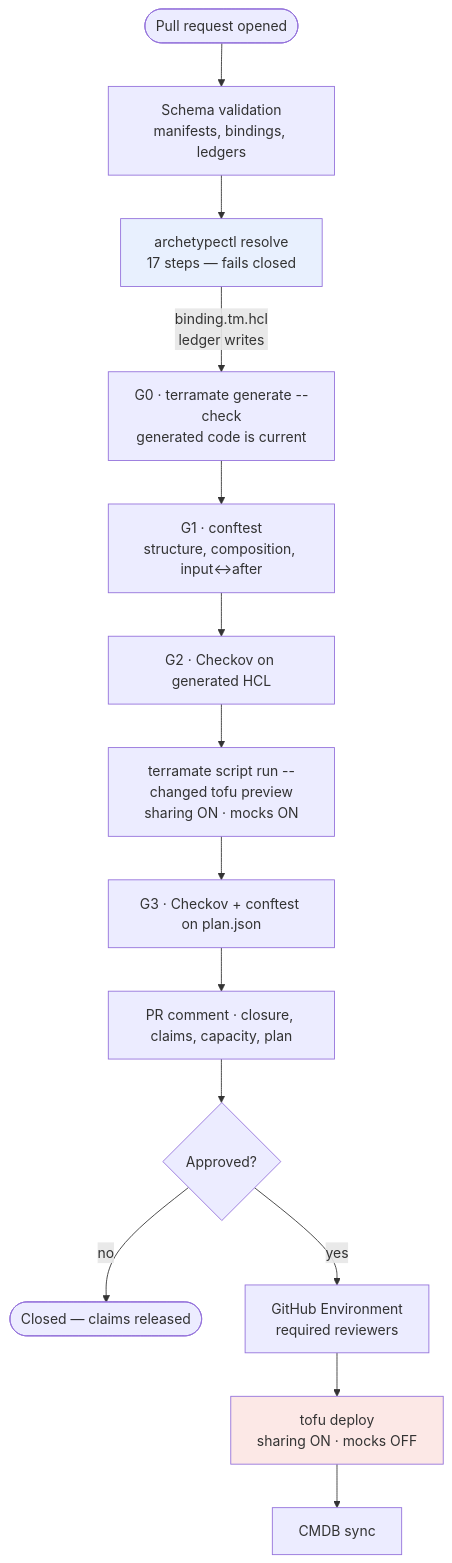
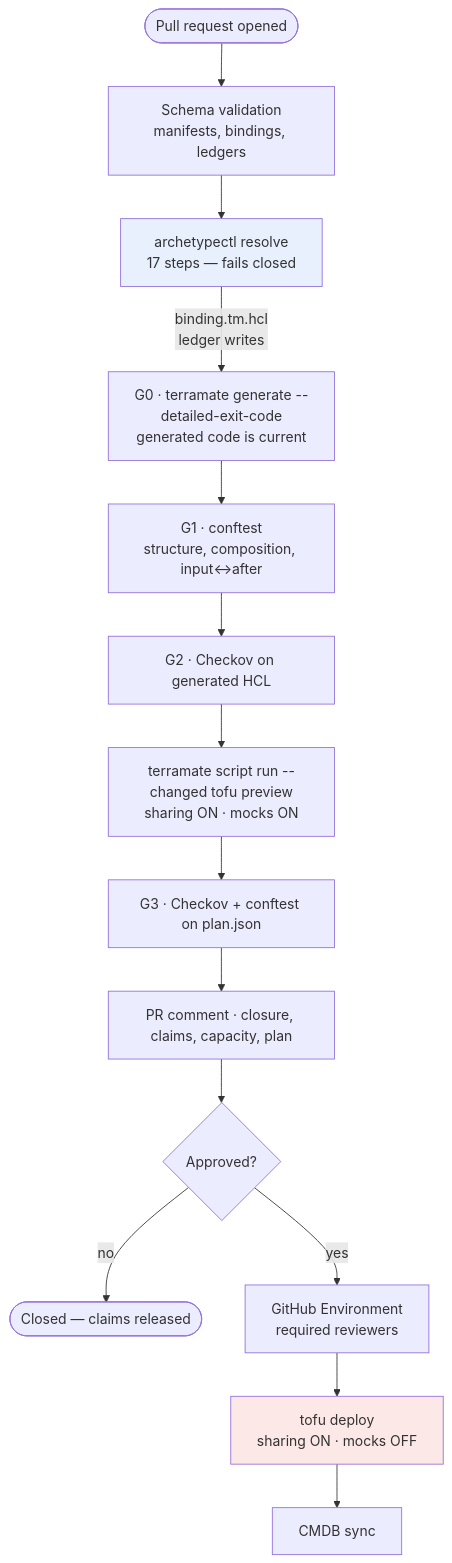
One commit to aescanero/proposal_documents changed the second of 19 diagrams in docs/en/platform-overview.md. Above: the diagram before and after it, drawn with Mermaid. The commit also changed 49 other files, not shown here.

````diff
--- a/docs/en/platform-overview.md
+++ b/docs/en/platform-overview.md
@@ -47,20 +47,20 @@
 ```mermaid
 flowchart TD
     PR([Pull request opened]) --> SCH["Schema validation<br/>manifests, bindings, ledgers"]
     SCH --> RESOLVE["archetypectl resolve<br/>17 steps — fails closed"]
-    RESOLVE -->|"binding.tm.hcl<br/>ledger writes"| G0["G0 · terramate generate --check<br/>generated code is current"]
+    RESOLVE -->|"binding.tm.hcl<br/>ledger writes"| G0["G0 · terramate generate --detailed-exit-code<br/>generated code is current"]
     G0 --> G1["G1 · conftest<br/>structure, composition, input↔after"]
     G1 --> G2["G2 · Checkov on generated HCL"]
     G2 --> PLAN["terramate script run --changed tofu preview<br/>sharing ON · mocks ON"]
     PLAN --> G3["G3 · Checkov + conftest on plan.json"]
     G3 --> CMT["PR comment · closure, claims, capacity, plan"]
 
     CMT --> REV{Approved?}
     REV -->|no| END1([Closed — claims released])
     REV -->|yes| ENV["GitHub Environment<br/>required reviewers"]
     ENV --> APPLY["tofu deploy<br/>sharing ON · mocks OFF"]
     APPLY --> SYNC["CMDB sync"]
 
     style RESOLVE fill:#e8f0fe
     style APPLY fill:#fce8e6
 ```
````
